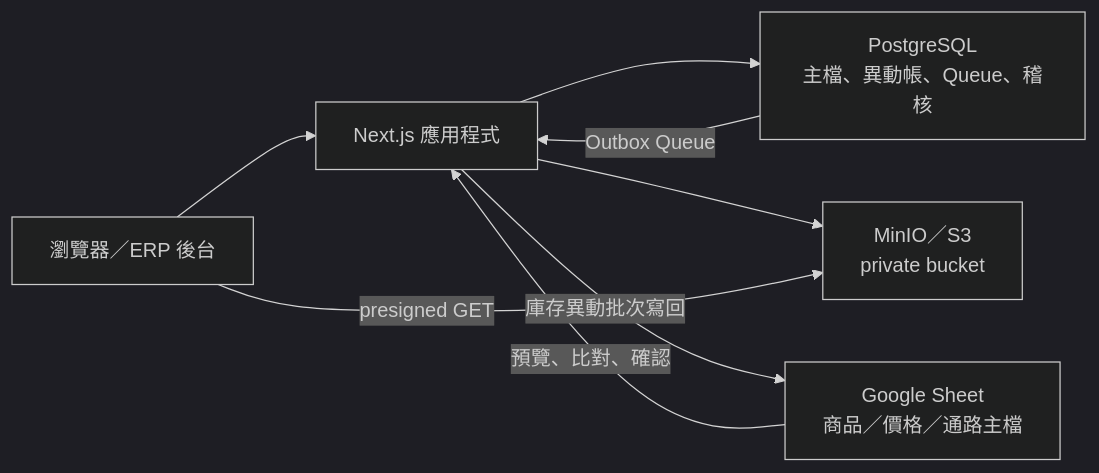
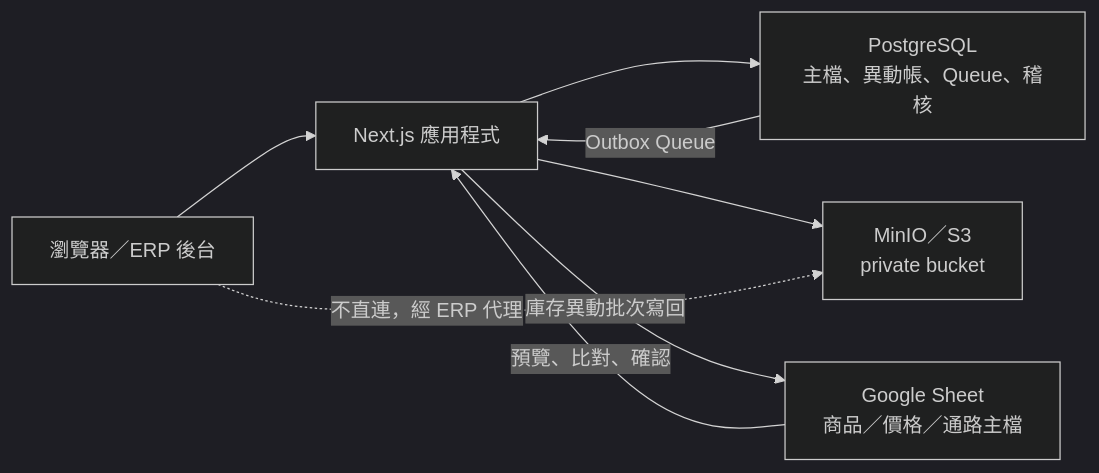
The first of 2 diagrams in docs/operations-reference.md (richard880502/neverland-erp), drawn with Mermaid (dark theme) before and after one commit. The commit also changed other lines of this file and 5 other files, not shown here.

````diff
--- a/docs/operations-reference.md
+++ b/docs/operations-reference.md
@@ -21,10 +21,10 @@
 ```mermaid
 flowchart LR
     Browser["瀏覽器／ERP 後台"] --> App["Next.js 應用程式"]
     App --> DB["PostgreSQL\n主檔、異動帳、Queue、稽核"]
     App --> Storage["MinIO／S3\nprivate bucket"]
-    Browser -->|"presigned GET"| Storage
+    Browser -.->|"不直連，經 ERP 代理"| Storage
     Sheet["Google Sheet\n商品／價格／通路主檔"] -->|"預覽、比對、確認"| App
     DB -->|"Outbox Queue"| App
     App -->|"庫存異動批次寫回"| Sheet
 ```
````
